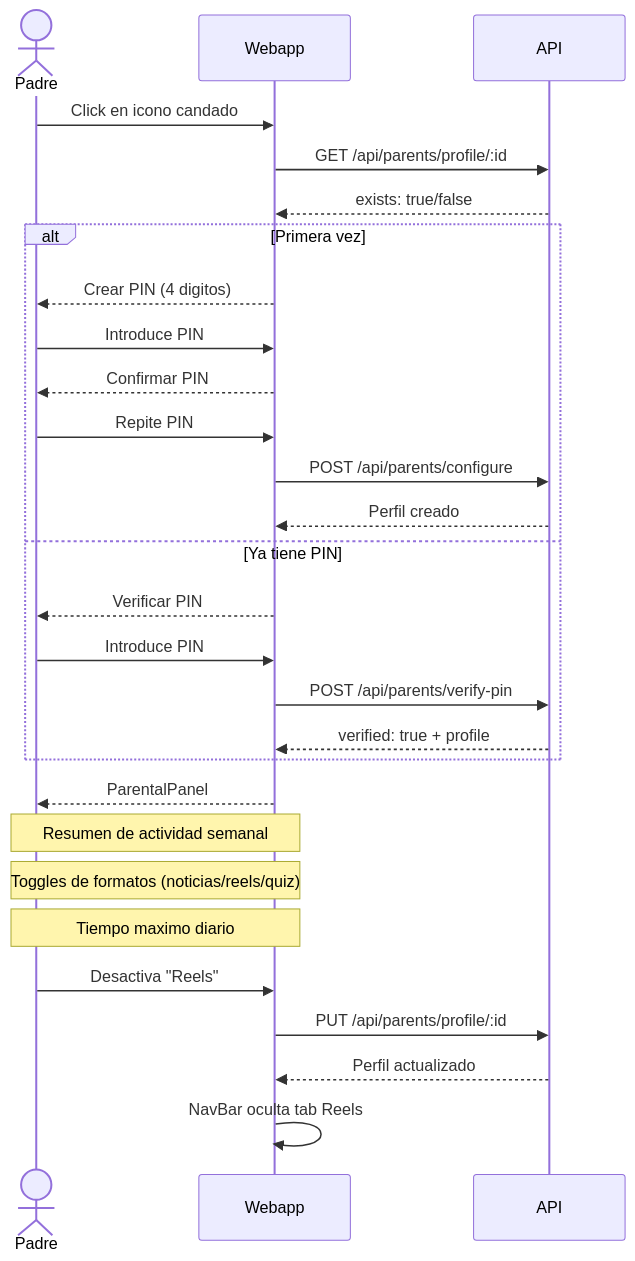
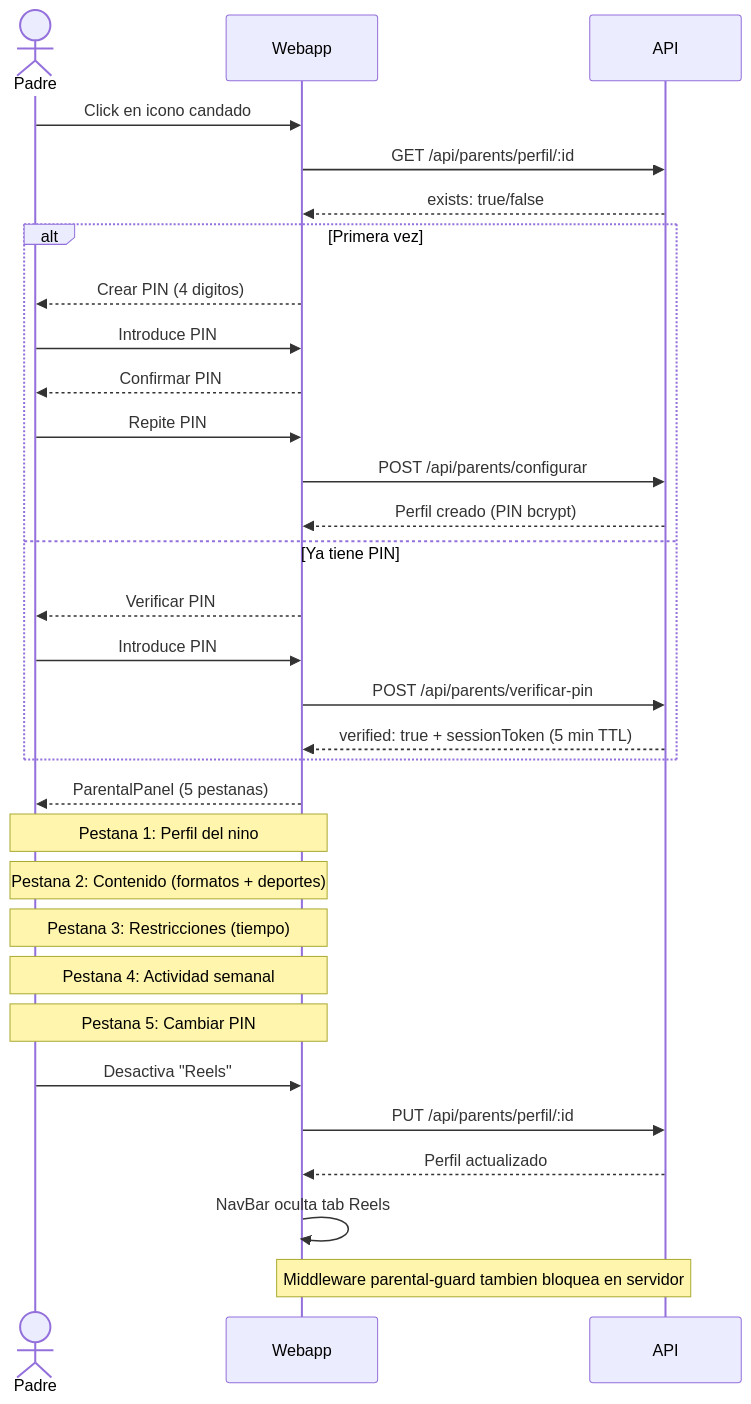
Before and after one commit to durdy48/SportyKids: the fourth of 4 diagrams in docs/es/05-flujos-de-usuario.md, drawn with Mermaid. The commit also changed other lines of this file and 22 other files, not shown here.

````diff
--- a/docs/es/05-flujos-de-usuario.md
+++ b/docs/es/05-flujos-de-usuario.md
@@ -115,34 +182,38 @@
 ```mermaid
 sequenceDiagram
     actor Padre as Padre
     participant App as Webapp
     participant API as API
 
     Padre->>App: Click en icono candado
-    App->>API: GET /api/parents/profile/:id
+    App->>API: GET /api/parents/perfil/:id
     API-->>App: exists: true/false
 
     alt Primera vez
         App-->>Padre: Crear PIN (4 digitos)
         Padre->>App: Introduce PIN
         App-->>Padre: Confirmar PIN
         Padre->>App: Repite PIN
-        App->>API: POST /api/parents/configure
-        API-->>App: Perfil creado
+        App->>API: POST /api/parents/configurar
+        API-->>App: Perfil creado (PIN bcrypt)
     else Ya tiene PIN
         App-->>Padre: Verificar PIN
         Padre->>App: Introduce PIN
-        App->>API: POST /api/parents/verify-pin
-        API-->>App: verified: true + profile
+        App->>API: POST /api/parents/verificar-pin
+        API-->>App: verified: true + sessionToken (5 min TTL)
     end
 
-    App-->>Padre: ParentalPanel
-    Note over Padre,App: Resumen de actividad semanal
-    Note over Padre,App: Toggles de formatos (noticias/reels/quiz)
-    Note over Padre,App: Tiempo maximo diario
+    App-->>Padre: ParentalPanel (5 pestanas)
+
+    Note over Padre,App: Pestana 1: Perfil del nino
+    Note over Padre,App: Pestana 2: Contenido (formatos + deportes)
+    Note over Padre,App: Pestana 3: Restricciones (tiempo)
+    Note over Padre,App: Pestana 4: Actividad semanal
+    Note over Padre,App: Pestana 5: Cambiar PIN
 
     Padre->>App: Desactiva "Reels"
-    App->>API: PUT /api/parents/profile/:id
+    App->>API: PUT /api/parents/perfil/:id
     API-->>App: Perfil actualizado
     App->>App: NavBar oculta tab Reels
+    Note over App,API: Middleware parental-guard tambien bloquea en servidor
 ```
````
